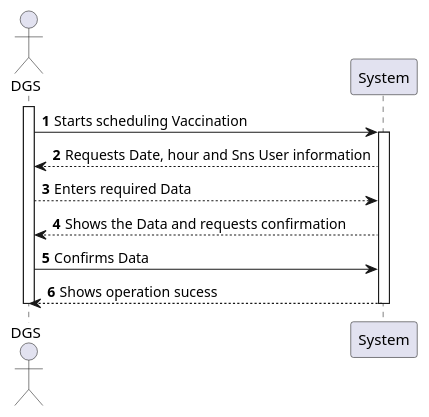
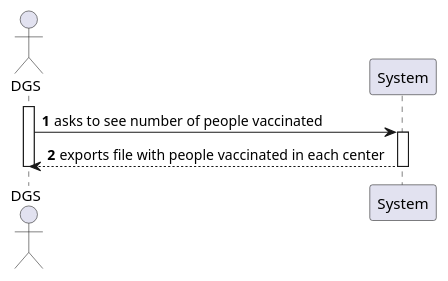
One commit to Norton1337/LAPR2_2122 changed the diagram in docs/SprintD/US006/US006_SSD.puml. Above: the diagram before and after it, drawn with PlantUML. The commit also changed 17 other files, not shown here.

```diff
--- a/docs/SprintD/US006/US006_SSD.puml
+++ b/docs/SprintD/US006/US006_SSD.puml
@@ -1,17 +1,14 @@
 @startuml US006_SSD
 'https://plantuml.com/sequence-diagram
 autonumber
 
 actor "DGS" as DGS
 activate DGS
-DGS -> System : Starts scheduling Vaccination
+DGS -> System : asks to see number of people vaccinated
 activate System
-System --> DGS : Requests Date, hour and Sns User information
-DGS --> System: Enters required Data
-System --> DGS : Shows the Data and requests confirmation
-DGS -> System : Confirms Data
-System --> DGS : Shows operation sucess
+System --> DGS : exports file with people vaccinated in each center
+
 deactivate System
 deactivate DGS
 
 @enduml
```
